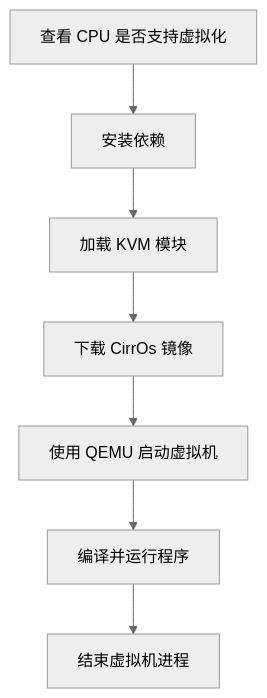
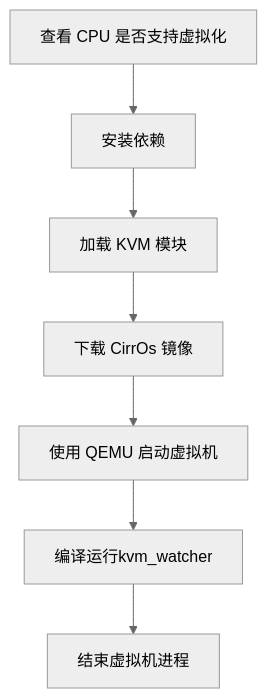
The diagram in eBPF_Supermarket/kvm_watcher/README.md (linuxkerneltravel/lmp), drawn with Mermaid (neutral theme) before and after one commit.

````diff
--- a/eBPF_Supermarket/kvm_watcher/README.md
+++ b/eBPF_Supermarket/kvm_watcher/README.md
@@ -119,10 +119,10 @@
 ```mermaid
 graph TD;
     A[查看 CPU 是否支持虚拟化] --> B[安装依赖];
     B --> C[加载 KVM 模块];
     C --> D[下载 CirrOs 镜像];
     D --> E[使用 QEMU 启动虚拟机];
-    E --> F[编译并运行程序];
+    E --> F[编译运行kvm_watcher];
     F --> G[结束虚拟机进程];
 
 ```
````
